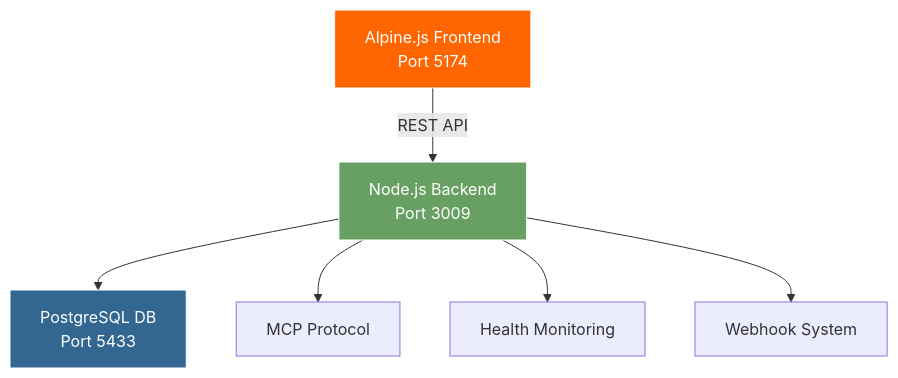
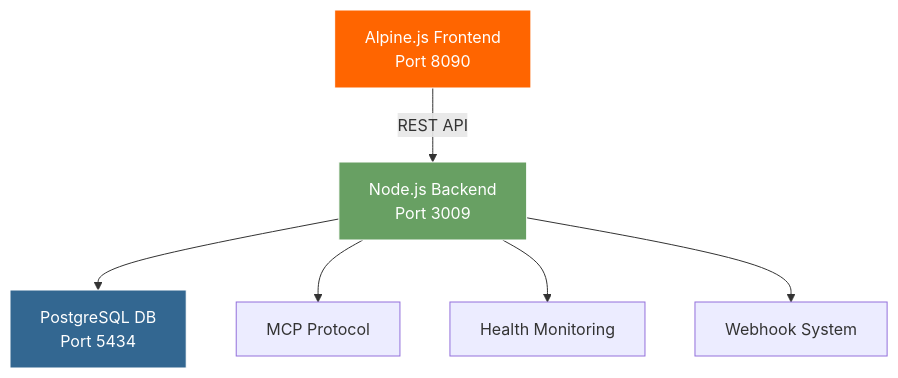
Before and after one commit to anubissbe/task-management-webui: the diagram in README.md, drawn with Mermaid. The commit also changed other lines of this file and 27 other files, not shown here.

````diff
--- a/README.md
+++ b/README.md
@@ -146,12 +110,12 @@
 ```mermaid
 graph TD
-    A[Alpine.js Frontend<br/>Port 5174] -->|REST API| B[Node.js Backend<br/>Port 3009]
-    B --> C[PostgreSQL DB<br/>Port 5433]
+    A[Alpine.js Frontend<br/>Port 8090] -->|REST API| B[Node.js Backend<br/>Port 3009]
+    B --> C[PostgreSQL DB<br/>Port 5434]
     B --> D[MCP Protocol]
     B --> E[Health Monitoring]
     B --> F[Webhook System]
     
     style A fill:#ff6500,stroke:#fff,color:#fff
     style B fill:#68a063,stroke:#fff,color:#fff
     style C fill:#336791,stroke:#fff,color:#fff
 ```
````
